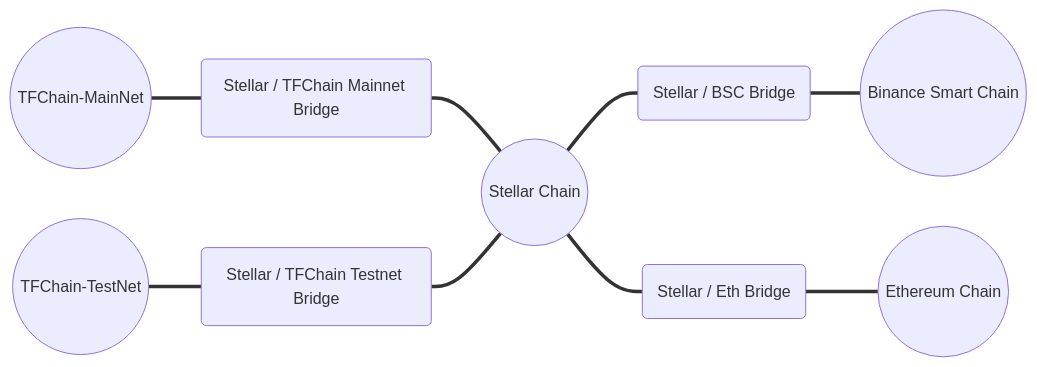
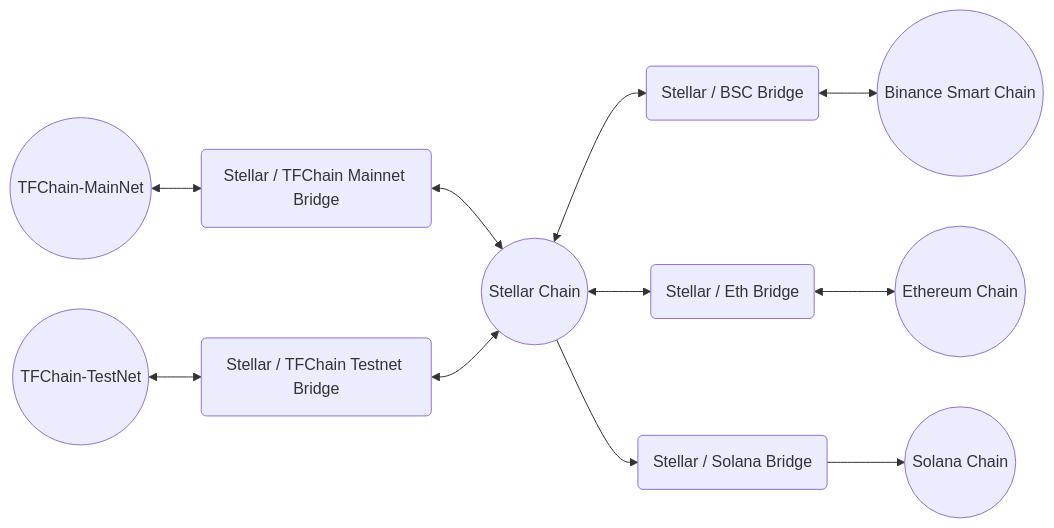
The diagram in src/documentation/threefold_token/tft_bridges/tft_bridges.md (threefoldtech/info_grid), drawn with Mermaid before and after one commit. The commit also changed other lines of this file and 5 other files, not shown here.

````diff
--- a/src/documentation/threefold_token/tft_bridges/tft_bridges.md
+++ b/src/documentation/threefold_token/tft_bridges/tft_bridges.md
@@ -13,14 +13,16 @@
 ```mermaid
 
 graph LR
-    A((TFChain-MainNet)) === id1(Stellar / TFChain Mainnet Bridge) === B((Stellar Chain));
-    C((TFChain-TestNet)) === id2(Stellar / TFChain Testnet Bridge) === B((Stellar Chain));
-    B((Stellar Chain)) === id3(Stellar / BSC Bridge) === E((Binance Smart Chain));
-    B((Stellar Chain)) === id4(Stellar / Eth Bridge) === D((Ethereum Chain));
+    A((TFChain-MainNet)) <--> id1(Stellar / TFChain Mainnet Bridge) <--> B((Stellar Chain));
+    C((TFChain-TestNet)) <--> id2(Stellar / TFChain Testnet Bridge) <--> B((Stellar Chain));
+    B((Stellar Chain)) <--> id3(Stellar / BSC Bridge) <--> E((Binance Smart Chain));
+    B((Stellar Chain)) <--> id4(Stellar / Eth Bridge) <--> D((Ethereum Chain));
+    B((Stellar Chain)) --> id5(Stellar / Solana Bridge) --> F((Solana Chain));
 
     click id1 "./tfchain_stellar_bridge.html"
     click id2 "./tfchain_stellar_bridge.html"
     click id3 "./bsc_stellar_bridge.html"
     click id4 "./tft_ethereum/tft_ethereum.html"
+    click id5 "./stellar_solana/stellar_solana_bridge.html"
 
 ```
````
